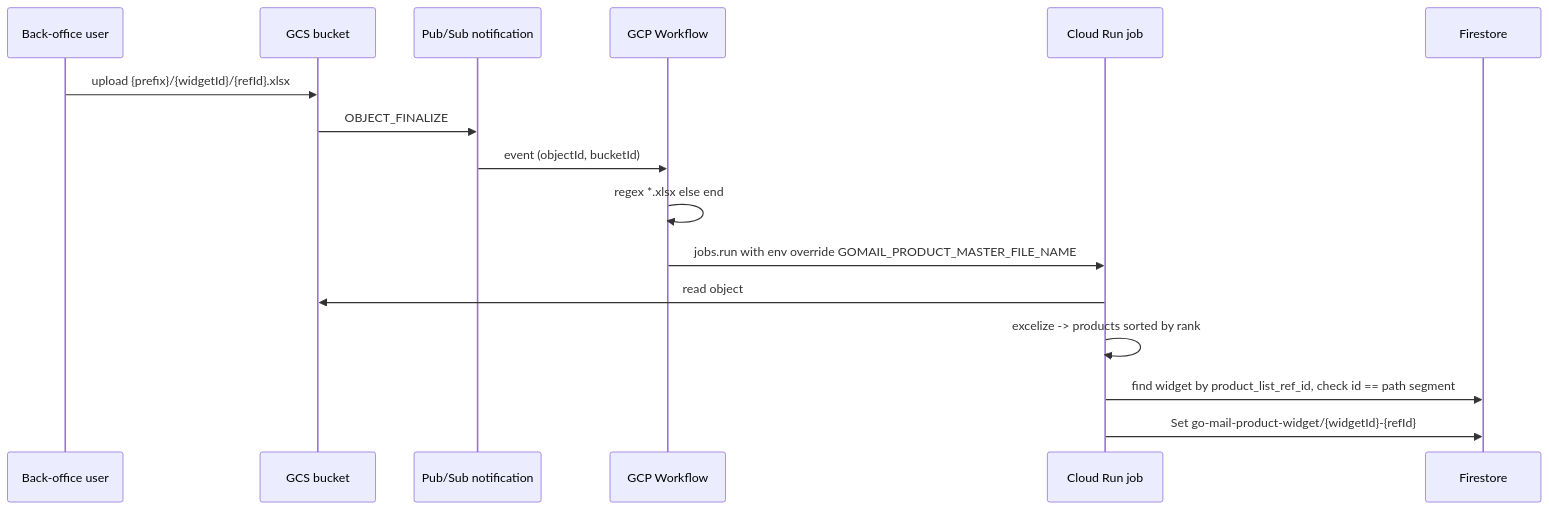
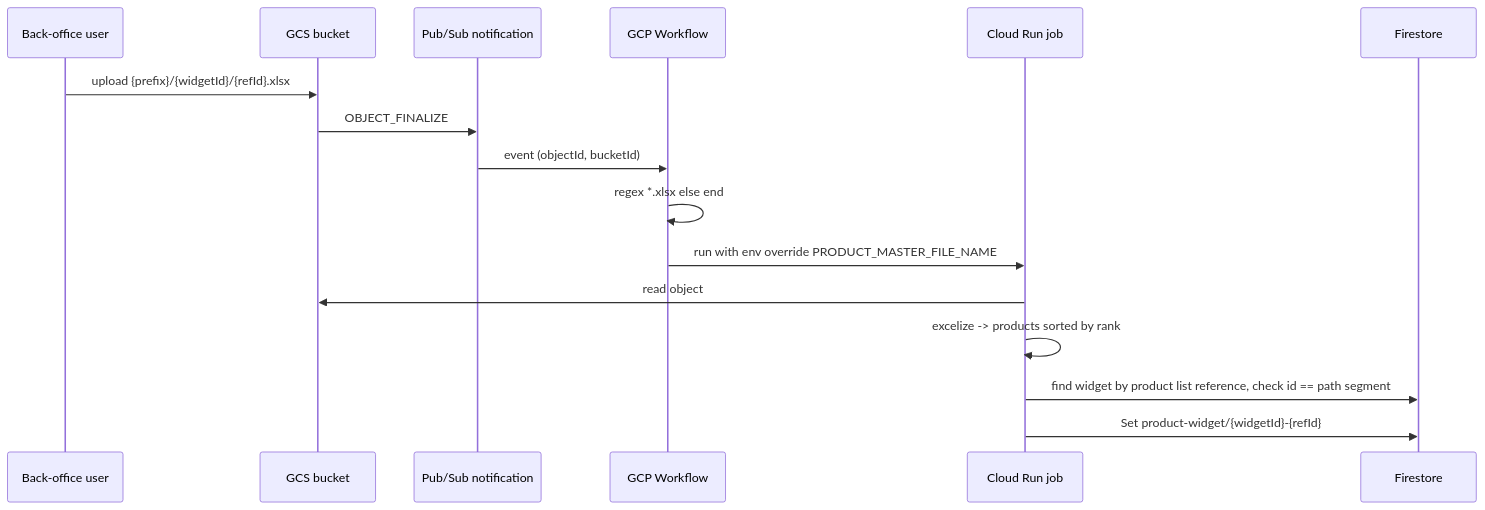
The third of 3 diagrams in docs/convention/00-source-analysis.md (kritpi/scaffold-golang), drawn with Mermaid before and after one commit. The commit also changed other lines of this file and 1 other file, not shown here.

Commit message:
docs: remove source-repo references from convention set

````diff
--- a/docs/convention/00-source-analysis.md
+++ b/docs/convention/00-source-analysis.md
@@ -132,18 +130,18 @@
 ```mermaid
 sequenceDiagram
   participant U as Back-office user
   participant GCS as GCS bucket
   participant PS as Pub/Sub notification
   participant WF as GCP Workflow
   participant J as Cloud Run job
   participant FS as Firestore
   U->>GCS: upload {prefix}/{widgetId}/{refId}.xlsx
   GCS->>PS: OBJECT_FINALIZE
   PS->>WF: event (objectId, bucketId)
   WF->>WF: regex *.xlsx else end
-  WF->>J: jobs.run with env override GOMAIL_PRODUCT_MASTER_FILE_NAME
+  WF->>J: run with env override PRODUCT_MASTER_FILE_NAME
   J->>GCS: read object
   J->>J: excelize -> products sorted by rank
-  J->>FS: find widget by product_list_ref_id, check id == path segment
-  J->>FS: Set go-mail-product-widget/{widgetId}-{refId}
+  J->>FS: find widget by product list reference, check id == path segment
+  J->>FS: Set product-widget/{widgetId}-{refId}
 ```
````
